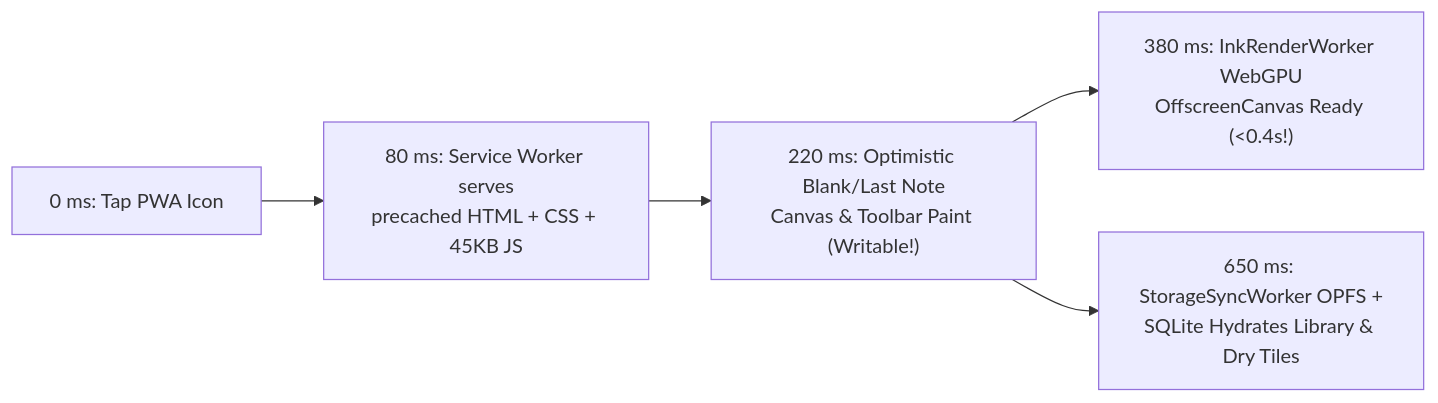
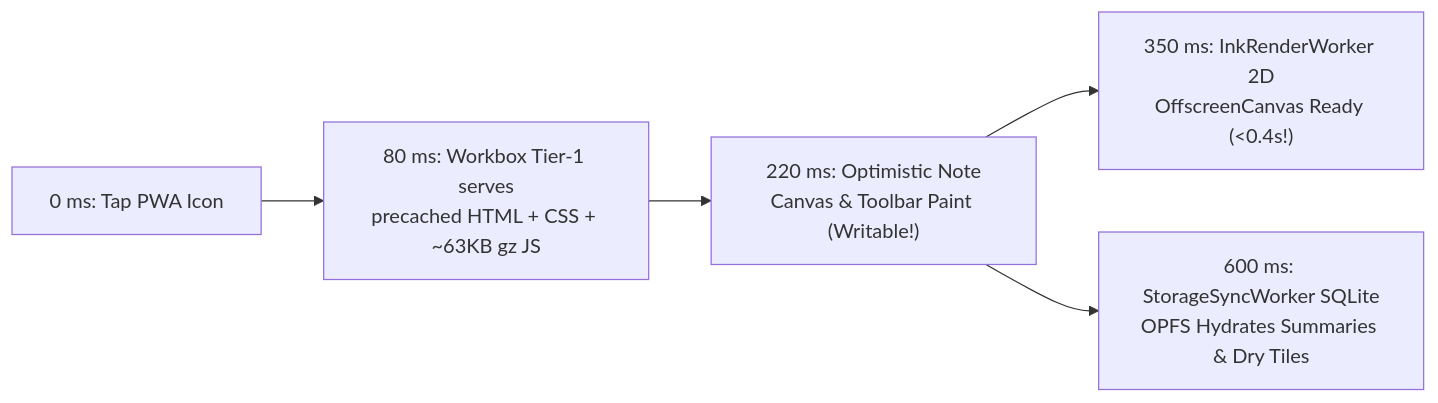
The second of 2 diagrams in docs/TDD.md (vrwarp/quire), drawn with Mermaid before and after one commit. The commit also changed other lines of this file and 43 other files, not shown here.

First line of the commit message:
feat: Quire v1.0 production readiness (SQLite/OPFS, PDFium-WASM, ExportWorker, Workbox PWA, WebKit CI) (#12)

````diff
--- a/docs/TDD.md
+++ b/docs/TDD.md
@@ -323,7 +321,7 @@
 ```mermaid
 flowchart LR
-    T0["0 ms: Tap PWA Icon"] --> T1["80 ms: Service Worker serves<br/>precached HTML + CSS + 45KB JS"]
-    T1 --> T2["220 ms: Optimistic Blank/Last Note<br/>Canvas & Toolbar Paint (Writable!)"]
-    T2 --> T3["380 ms: InkRenderWorker WebGPU<br/>OffscreenCanvas Ready (<0.4s!)"]
-    T2 --> T4["650 ms: StorageSyncWorker OPFS +<br/>SQLite Hydrates Library & Dry Tiles"]
+    T0["0 ms: Tap PWA Icon"] --> T1["80 ms: Workbox Tier-1 serves<br/>precached HTML + CSS + ~63KB gz JS"]
+    T1 --> T2["220 ms: Optimistic Note<br/>Canvas & Toolbar Paint (Writable!)"]
+    T2 --> T3["350 ms: InkRenderWorker 2D<br/>OffscreenCanvas Ready (<0.4s!)"]
+    T2 --> T4["600 ms: StorageSyncWorker SQLite<br/>OPFS Hydrates Summaries & Dry Tiles"]
 ```
````
